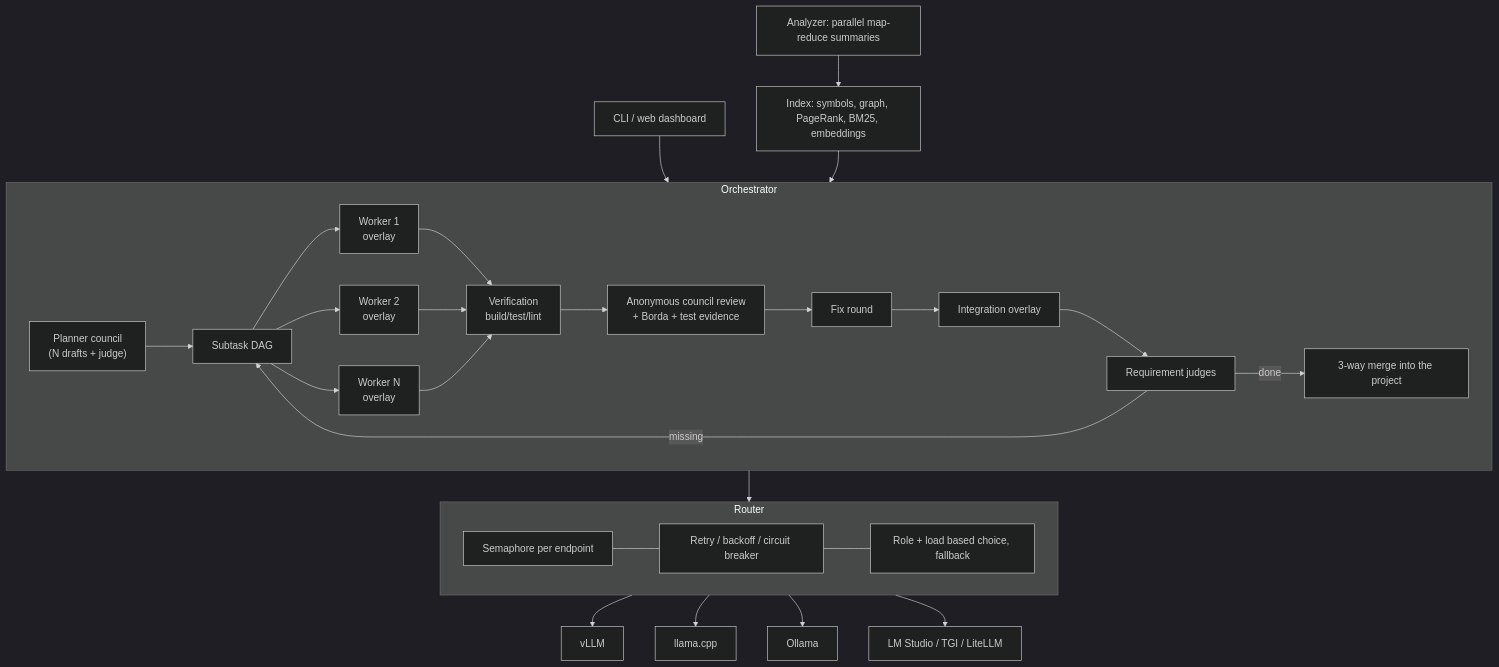
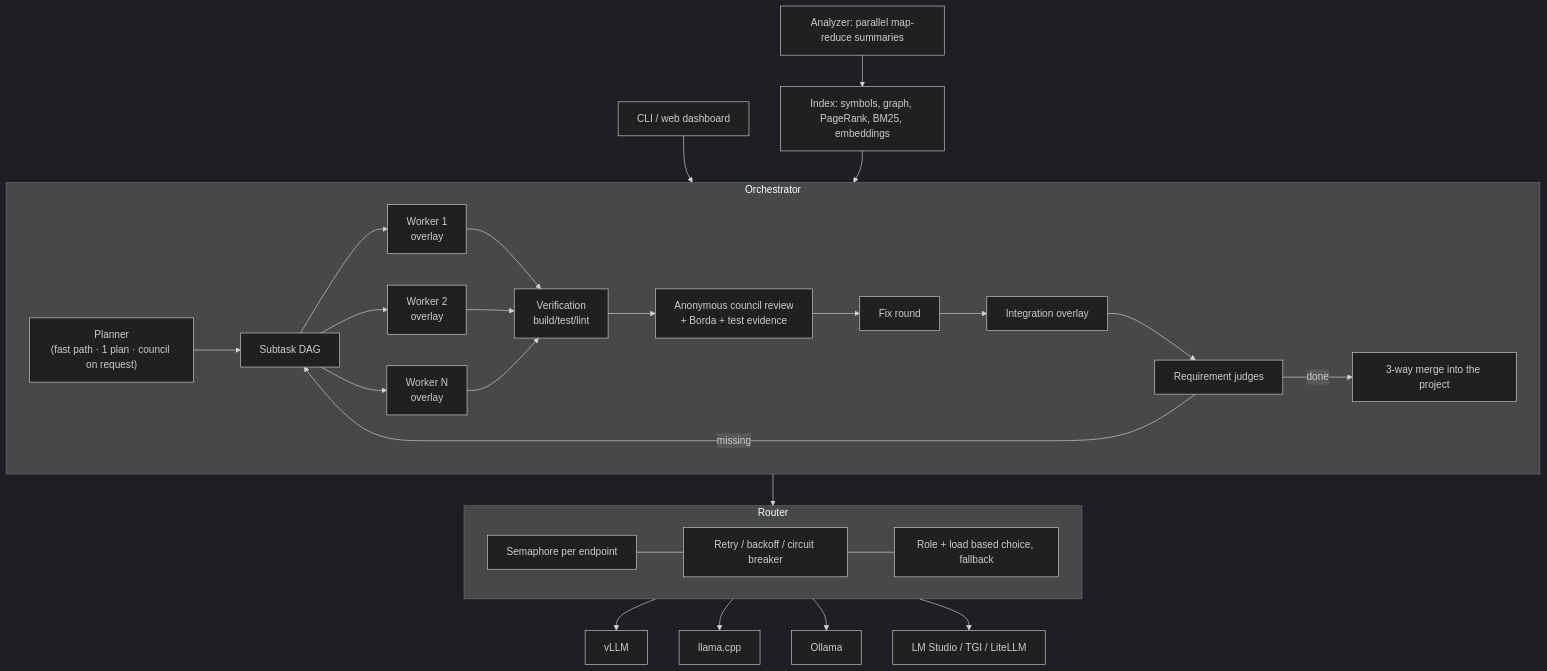
The diagram in README.md (ozknScalebor/kurultay), drawn with Mermaid (dark theme) before and after one commit. The commit also changed other lines of this file and 8 other files, not shown here.

First line of the commit message:
feat: todo list for requirement-heavy tasks, acceptance judge by size, one plan by default; bench --repeat

````diff
--- a/README.md
+++ b/README.md
@@ -46,23 +47,23 @@
 ```mermaid
 flowchart TB
   CLI["CLI / web dashboard"] --> ORCH
   subgraph ORCH[Orchestrator]
-    P["Planner council<br/>(N drafts + judge)"] --> DAG["Subtask DAG"]
+    P["Planner<br/>(fast path · 1 plan · council on request)"] --> DAG["Subtask DAG"]
     DAG --> W1["Worker 1<br/>overlay"]
     DAG --> W2["Worker 2<br/>overlay"]
     DAG --> W3["Worker N<br/>overlay"]
     W1 & W2 & W3 --> V["Verification<br/>build/test/lint"]
     V --> C["Anonymous council review<br/>+ Borda + test evidence"]
     C --> FIX["Fix round"] --> INT["Integration overlay"]
     INT --> REQ["Requirement judges"]
     REQ -- missing --> DAG
     REQ -- done --> MERGE["3-way merge into the project"]
   end
   ORCH --> R
   subgraph R[Router]
     S["Semaphore per endpoint"] --- CB["Retry / backoff / circuit breaker"] --- FB["Role + load based choice, fallback"]
   end
   R --> E1["vLLM"] & E2["llama.cpp"] & E3["Ollama"] & E4["LM Studio / TGI / LiteLLM"]
   IDX["Index: symbols, graph, PageRank, BM25, embeddings"] --> ORCH
   AN["Analyzer: parallel map-reduce summaries"] --> IDX
 ```
````
